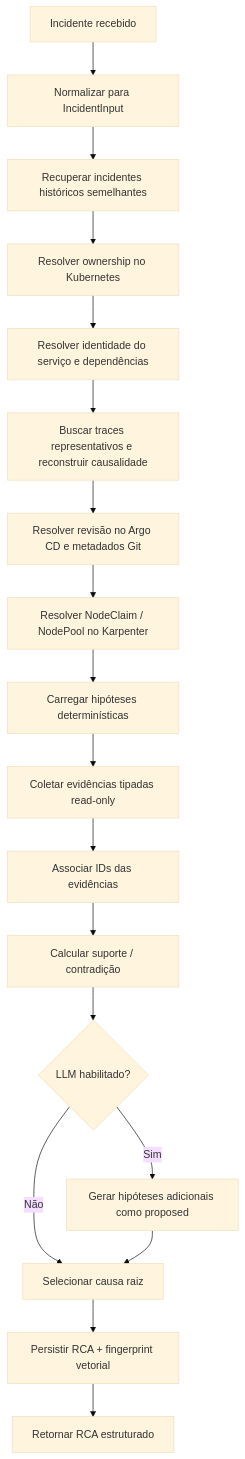
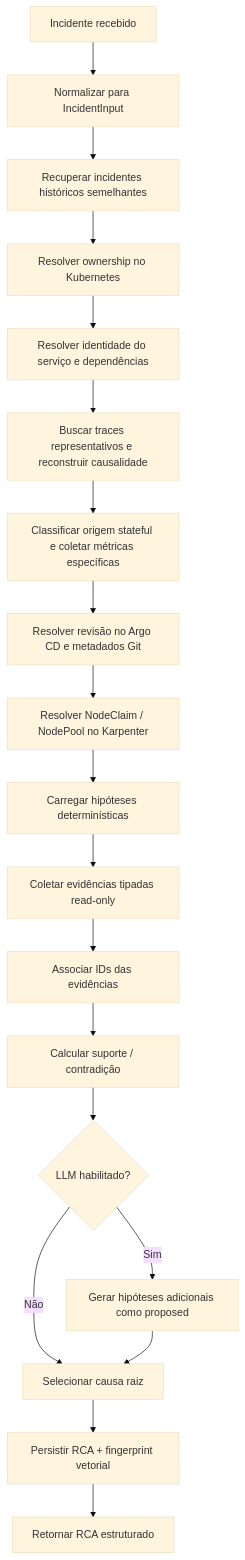
One commit to marcocristofolini/ai-sre-rca changed the second of 12 diagrams in docs/architecture.pt-BR.md. Above: the diagram before and after it, drawn with Mermaid (base theme). The commit also changed other lines of this file, not shown here.

````diff
--- a/docs/architecture.pt-BR.md
+++ b/docs/architecture.pt-BR.md
@@ -45,20 +46,21 @@
 ```mermaid
 flowchart TD
     S[Incidente recebido] --> N[Normalizar para IncidentInput]
     N --> M[Recuperar incidentes históricos semelhantes]
     M --> KO[Resolver ownership no Kubernetes]
     KO --> SG[Resolver identidade do serviço e dependências]
     SG --> TR[Buscar traces representativos e reconstruir causalidade]
-    TR --> CH[Resolver revisão no Argo CD e metadados Git]
+    TR --> SD[Classificar origem stateful e coletar métricas específicas]
+    SD --> CH[Resolver revisão no Argo CD e metadados Git]
     CH --> KP[Resolver NodeClaim / NodePool no Karpenter]
     KP --> HP[Carregar hipóteses determinísticas]
     HP --> CE[Coletar evidências tipadas read-only]
     CE --> AE[Associar IDs das evidências]
     AE --> SC[Calcular suporte / contradição]
     SC --> LP{LLM habilitado?}
     LP -->|Sim| LH[Gerar hipóteses adicionais como proposed]
     LP -->|Não| RC[Selecionar causa raiz]
     LH --> RC
     RC --> PS[Persistir RCA + fingerprint vetorial]
     PS --> OUT[Retornar RCA estruturado]
 ```
````
